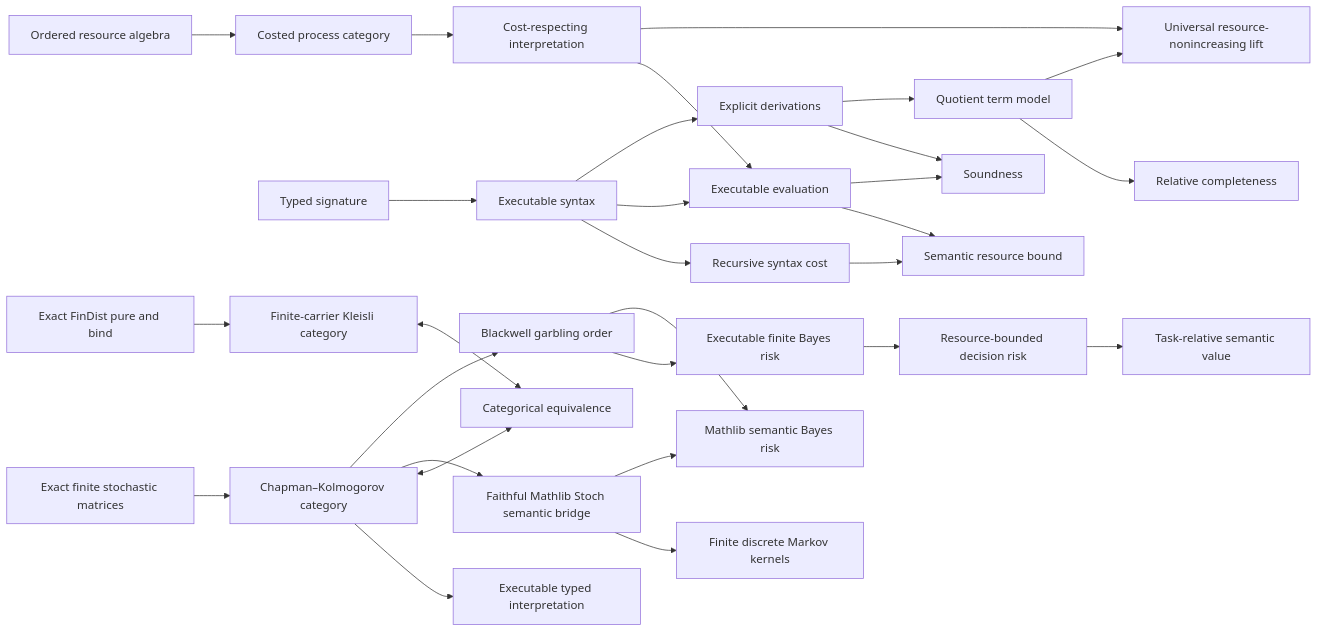
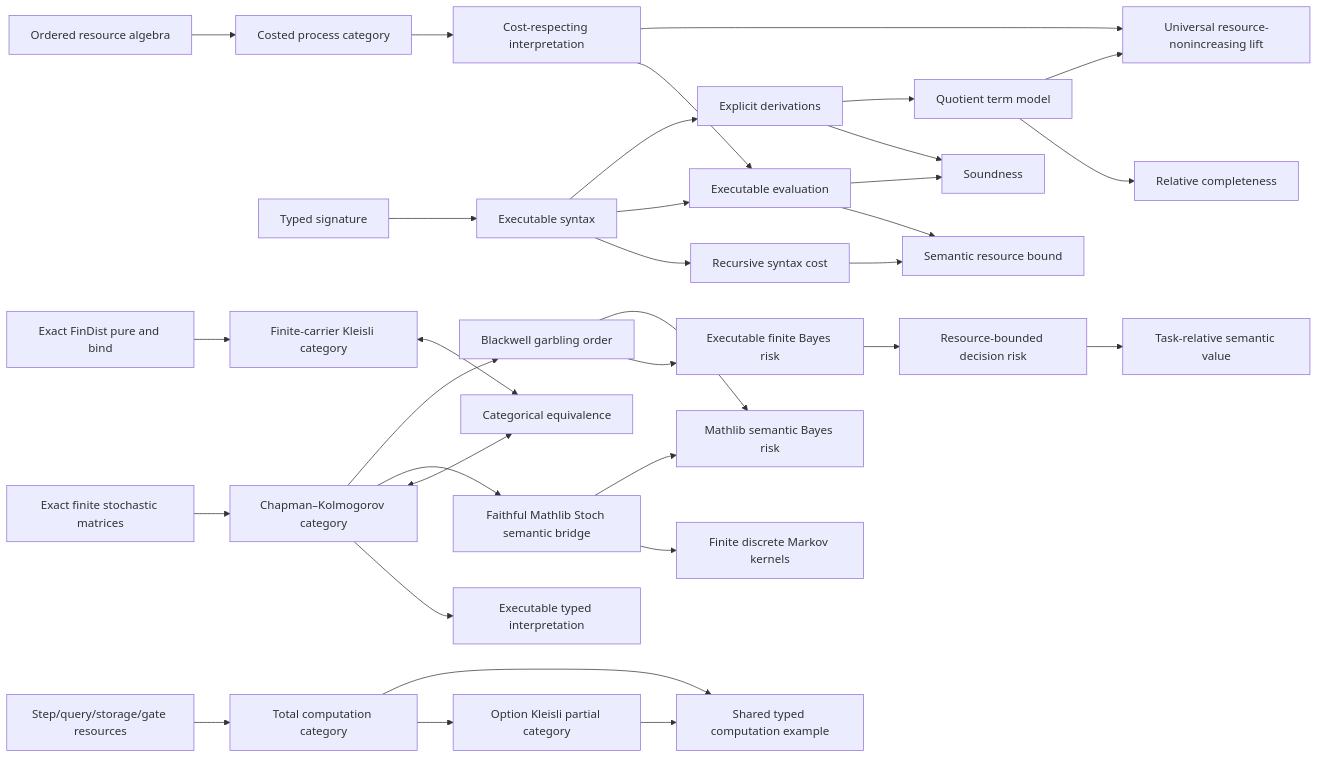
Before and after one commit to miuchan/ript: the diagram in README.md, drawn with Mermaid. The commit also changed other lines of this file and 13 other files, not shown here.

````diff
--- a/README.md
+++ b/README.md
@@ -359,31 +394,35 @@
 ```mermaid
 flowchart LR
   R["Ordered resource algebra"] --> C["Costed process category"]
   S["Typed signature"] --> X["Executable syntax"]
   X --> K["Recursive syntax cost"]
   C --> I["Cost-respecting interpretation"]
   X --> E["Executable evaluation"]
   I --> E
   K --> B["Semantic resource bound"]
   E --> B
   X --> D["Explicit derivations"]
   D --> SO["Soundness"]
   E --> SO
   D --> T["Quotient term model"]
   T --> CO["Relative completeness"]
   I --> U["Universal resource-nonincreasing lift"]
   T --> U
   F["Exact finite stochastic matrices"] --> CK["Chapman–Kolmogorov category"]
   CK --> EX["Executable typed interpretation"]
   FD["Exact FinDist pure and bind"] --> KL["Finite-carrier Kleisli category"]
   CK <--> EQ["Categorical equivalence"]
   KL <--> EQ
   CK --> ST["Faithful Mathlib Stoch semantic bridge"]
   ST --> MT["Finite discrete Markov kernels"]
   CK --> BW["Blackwell garbling order"]
   ST --> SB["Mathlib semantic Bayes risk"]
   BW --> FR["Executable finite Bayes risk"]
   FR --> RR["Resource-bounded decision risk"]
   RR --> SV["Task-relative semantic value"]
   BW --> SB
+  CR["Step/query/storage/gate resources"] --> TC["Total computation category"]
+  TC --> PC["Option Kleisli partial category"]
+  TC --> CE["Shared typed computation example"]
+  PC --> CE
 ```
````
